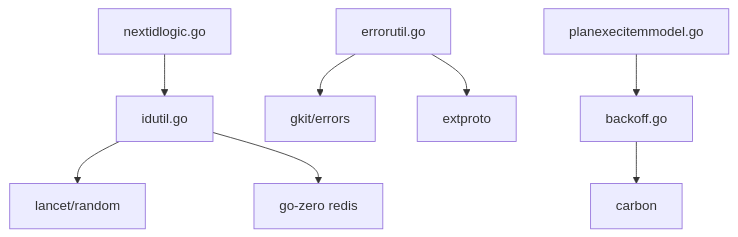
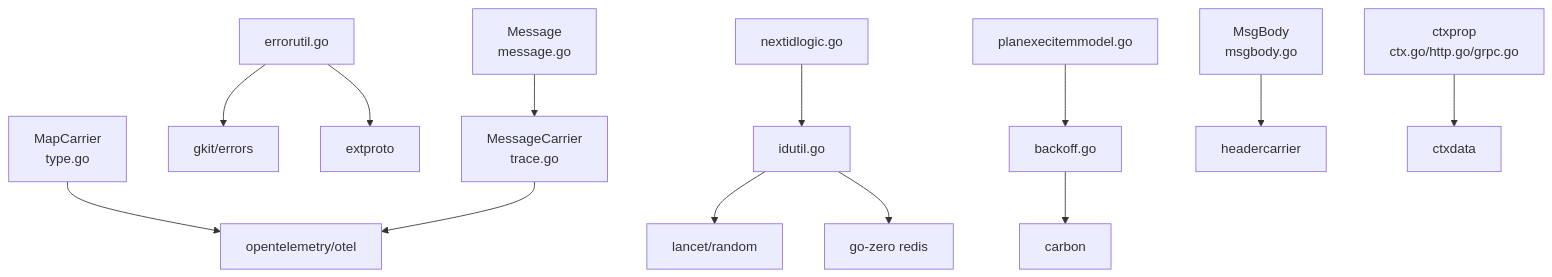
One commit to maomao94/zero-service changed the eighth of 8 diagrams in .qoder/repowiki/zh/content/公共组件库/工具组件/辅助工具.md. Above: the diagram before and after it, drawn with Mermaid. The commit also changed other lines of this file and 25 other files, not shown here.

````diff
--- a/.qoder/repowiki/zh/content/公共组件库/工具组件/辅助工具.md
+++ b/.qoder/repowiki/zh/content/公共组件库/工具组件/辅助工具.md
@@ -249,10 +411,15 @@
 ```mermaid
 graph TB
 BO["backoff.go"] --> CAR["carbon"]
 EU["errorutil.go"] --> GK["gkit/errors"]
 EU --> EP["extproto"]
 IU["idutil.go"] --> LR["lancet/random"]
 IU --> GR["go-zero redis"]
+MC["MapCarrier<br/>type.go"] --> OT["opentelemetry/otel"]
+MSGC["MessageCarrier<br/>trace.go"] --> OT
+MSG["Message<br/>message.go"] --> MSGC
+MB["MsgBody<br/>msgbody.go"] --> HC["headercarrier"]
+CTX["ctxprop<br/>ctx.go/http.go/grpc.go"] --> CTXD["ctxdata"]
 NL["nextidlogic.go"] --> IU
 PM["planexecitemmodel.go"] --> BO
 ```
````
